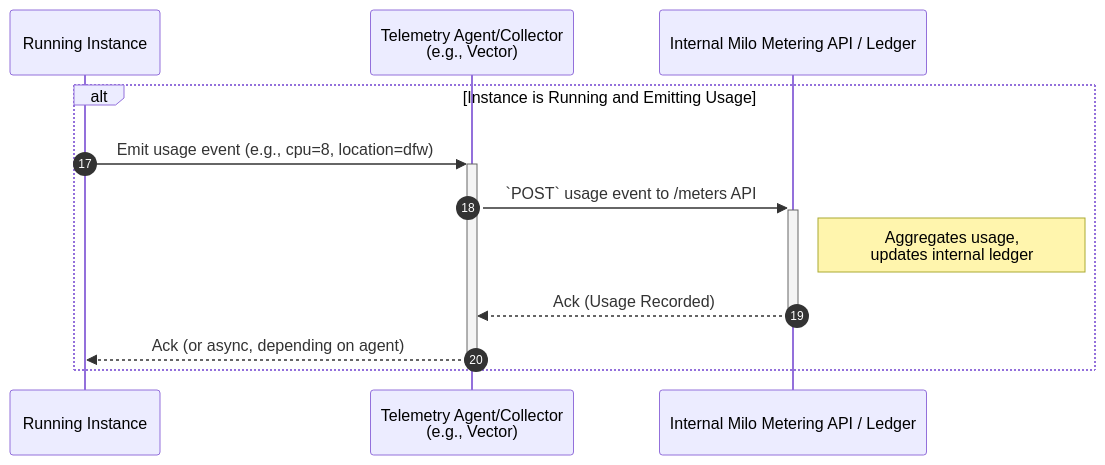
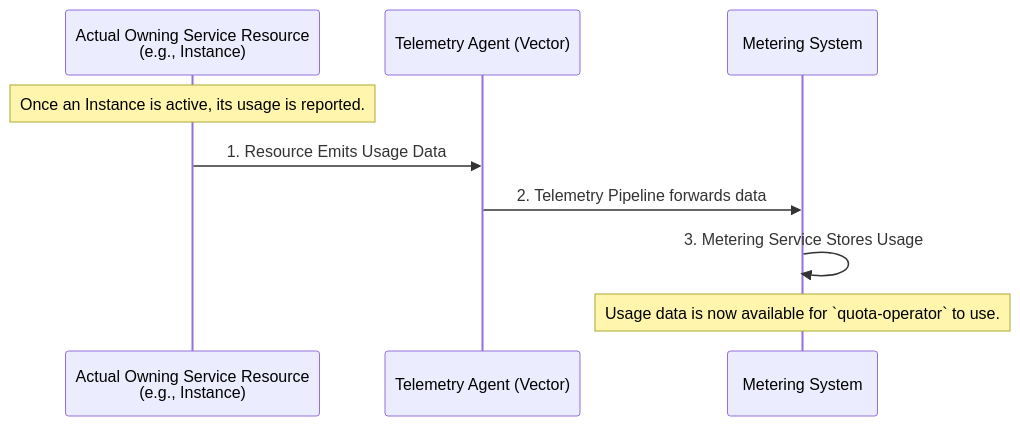
The sixth of 7 diagrams in enhancements/platform/quota-management/README.md (datum-cloud/enhancements), drawn with Mermaid before and after one commit. The commit also changed other lines of this file, not shown here.

Commit message:
enh(quota): makes various updates to proposal

````diff
--- a/enhancements/platform/quota-management/README.md
+++ b/enhancements/platform/quota-management/README.md
@@ -1719,17 +1504,13 @@
 ```mermaid
 %% Sequence Diagram - Telemetry & Metering Flow (Post-Provisioning if Granted)
 sequenceDiagram
-    autonumber 17
+    participant ActualResource as Actual Owning Service Resource <br> (e.g., Instance)
+    participant TelemetryAgent as Telemetry Agent (Vector)
+    participant MeteringService as Metering System
 
-    participant RunningInstancePCP as Running Instance
-    participant TelemetryAgentPCP as Telemetry Agent/Collector <br> (e.g., Vector)
-    participant InternalMeteringAPI as Internal Milo Metering API / Ledger
-
-    alt Instance is Running and Emitting Usage
-        RunningInstancePCP->>+TelemetryAgentPCP: Emit usage event (e.g., cpu=8, location=dfw)
-        TelemetryAgentPCP->>+InternalMeteringAPI: `POST` usage event to /meters API
-        note right of InternalMeteringAPI: Aggregates usage, <br> updates internal ledger
-        InternalMeteringAPI-->>-TelemetryAgentPCP: Ack (Usage Recorded)
-        TelemetryAgentPCP-->>-RunningInstancePCP: Ack (or async, depending on agent)
-    end
+    note over ActualResource: Once an Instance is active, its usage is reported.
+    ActualResource ->> TelemetryAgent: 1. Resource Emits Usage Data
+    TelemetryAgent ->> MeteringService: 2. Telemetry Pipeline forwards data
+    MeteringService ->> MeteringService: 3. Metering Service Stores Usage
+    note over MeteringService: Usage data is now available for `quota-operator` to use.
 ```
````
